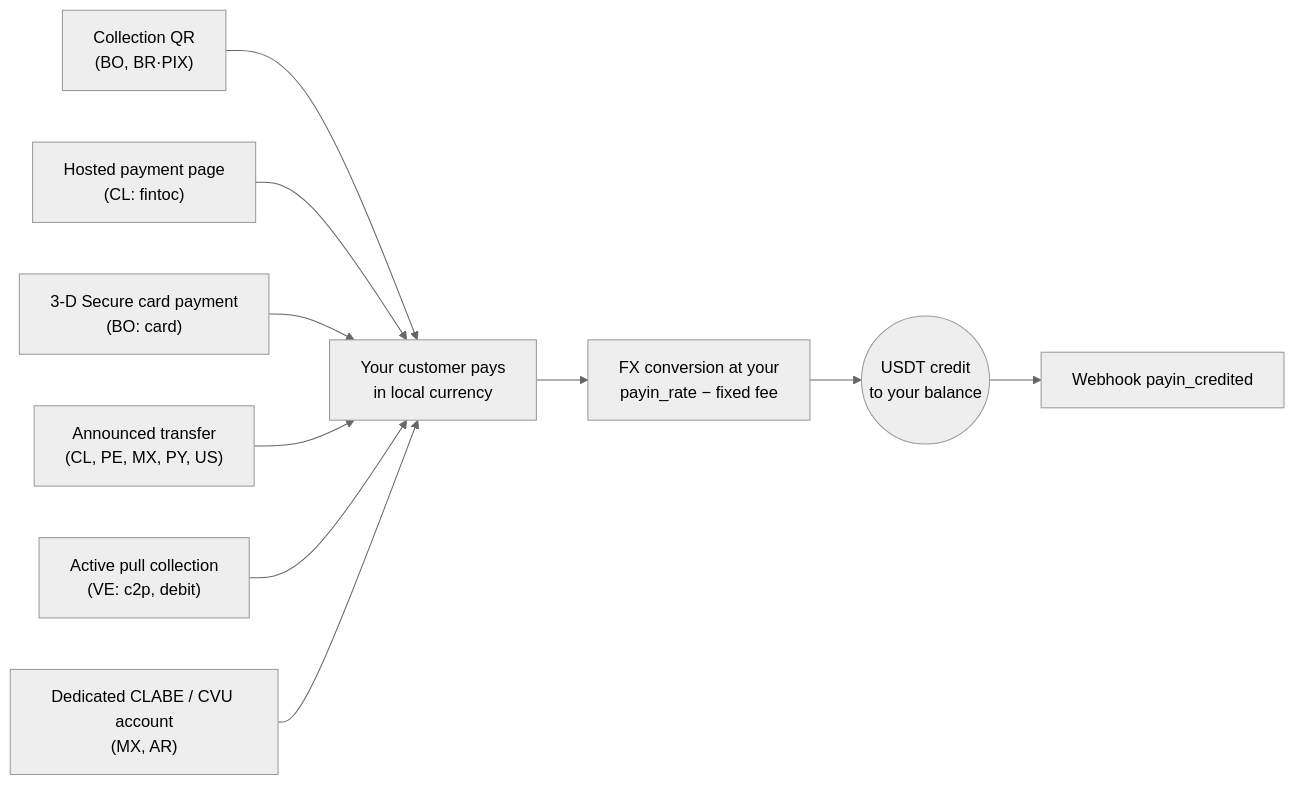
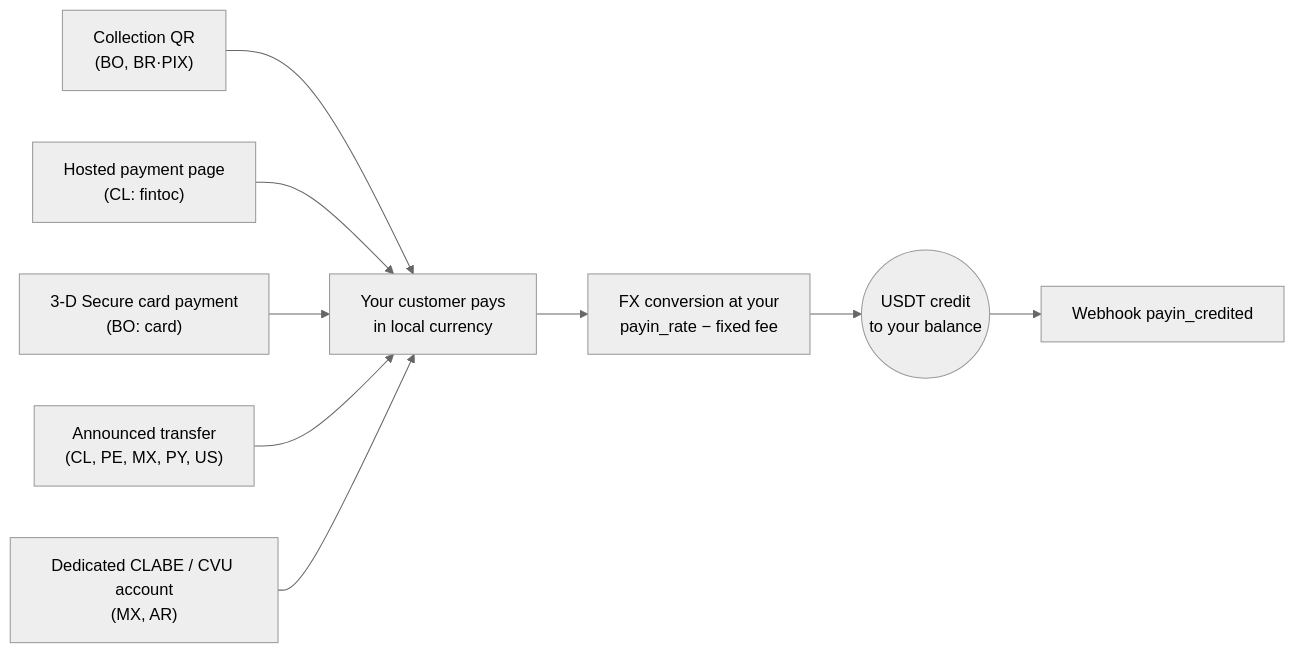
One commit to SaturoS17/docs changed the diagram in en/guides/payins.mdx. Above: the diagram before and after it, drawn with Mermaid (neutral theme). The commit also changed other lines of this file and 50 other files, not shown here.

````diff
--- a/en/guides/payins.mdx
+++ b/en/guides/payins.mdx
@@ -19,12 +19,11 @@
 ```mermaid
 flowchart LR
     qr["Collection QR<br/>(BO, BR·PIX)"] --> pay["Your customer pays<br/>in local currency"]
     hosted["Hosted payment page<br/>(CL: fintoc)"] --> pay
     card["3-D Secure card payment<br/>(BO: card)"] --> pay
     announced["Announced transfer<br/>(CL, PE, MX, PY, US)"] --> pay
-    pull["Active pull collection<br/>(VE: c2p, debit)"] --> pay
     clabe["Dedicated CLABE / CVU account<br/>(MX, AR)"] --> pay
     pay --> conv["FX conversion at your<br/>payin_rate − fixed fee"]
     conv --> credit(("USDT credit<br/>to your balance"))
     credit --> wh["Webhook payin_credited"]
 ```
````
